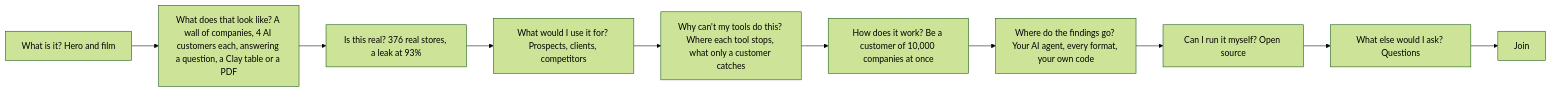
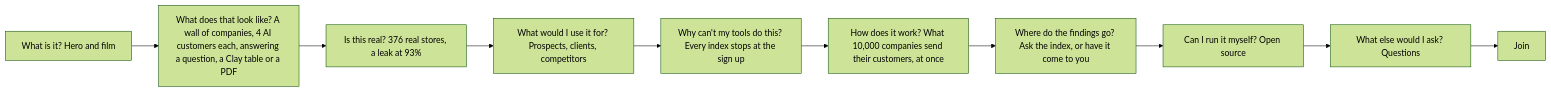
One commit to UseObsession/homepage changed the second of 2 diagrams in COPY.md. Above: the diagram before and after it, drawn with Mermaid (forest theme). The commit also changed other lines of this file and 4 other files, not shown here.

````diff
--- a/COPY.md
+++ b/COPY.md
@@ -163,11 +163,11 @@
 ```mermaid
 flowchart LR
   a["What is it? Hero and film"] --> l["What does that look like? A wall of companies, 4 AI customers each, answering a question, a Clay table or a PDF"]
   l --> b["Is this real? 376 real stores, a leak at 93%"]
   b --> e["What would I use it for? Prospects, clients, competitors"]
-  e --> d["Why can't my tools do this? Where each tool stops, what only a customer catches"]
-  d --> c["How does it work? Be a customer of 10,000 companies at once"]
-  c --> c2["Where do the findings go? Your AI agent, every format, your own code"]
+  e --> d["Why can't my tools do this? Every index stops at the sign up"]
+  d --> c["How does it work? What 10,000 companies send their customers, at once"]
+  c --> c2["Where do the findings go? Ask the index, or have it come to you"]
   c2 --> o["Can I run it myself? Open source"]
   o --> j["What else would I ask? Questions"] --> k["Join"]
 ```
````
